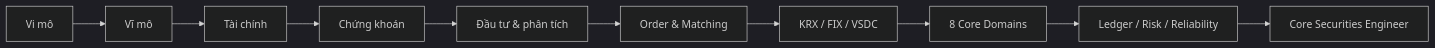
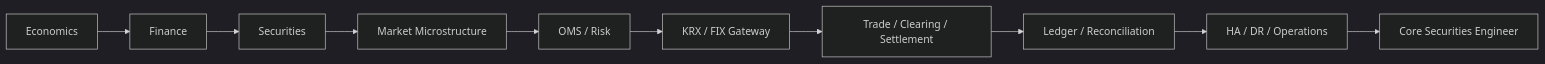
The diagram in docs/index.md (Trinhduyet/securities.github.io), drawn with Mermaid (dark theme) before and after one commit. The commit also changed other lines of this file, not shown here.

Commit message:
complete course home roadmap

````diff
--- a/docs/index.md
+++ b/docs/index.md
@@ -32,12 +30,12 @@
 ```mermaid
 flowchart LR
-    A[Vi mô] --> B[Vĩ mô]
-    B --> C[Tài chính]
-    C --> D[Chứng khoán]
-    D --> E[Đầu tư & phân tích]
-    E --> F[Order & Matching]
-    F --> G[KRX / FIX / VSDC]
-    G --> H[8 Core Domains]
-    H --> I[Ledger / Risk / Reliability]
+    A[Economics] --> B[Finance]
+    B --> C[Securities]
+    C --> D[Market Microstructure]
+    D --> E[OMS / Risk]
+    E --> F[KRX / FIX Gateway]
+    F --> G[Trade / Clearing / Settlement]
+    G --> H[Ledger / Reconciliation]
+    H --> I[HA / DR / Operations]
     I --> J[Core Securities Engineer]
 ```
````
